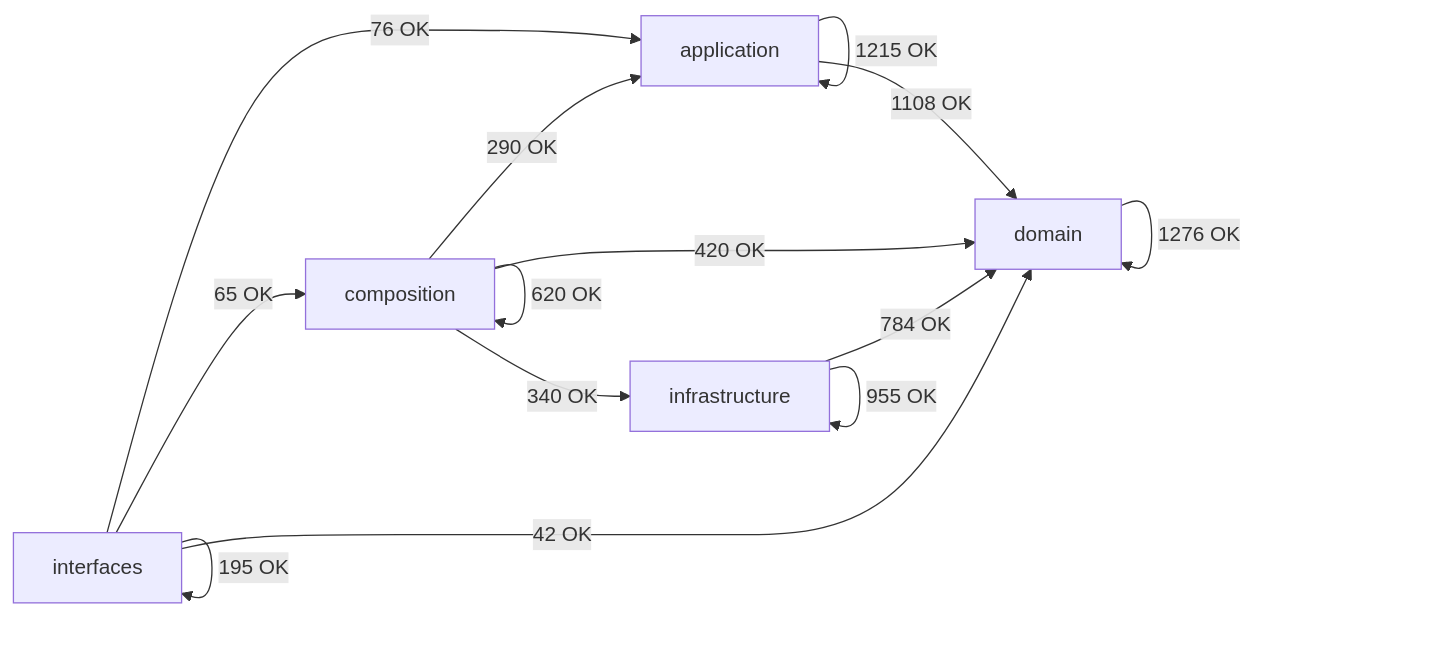
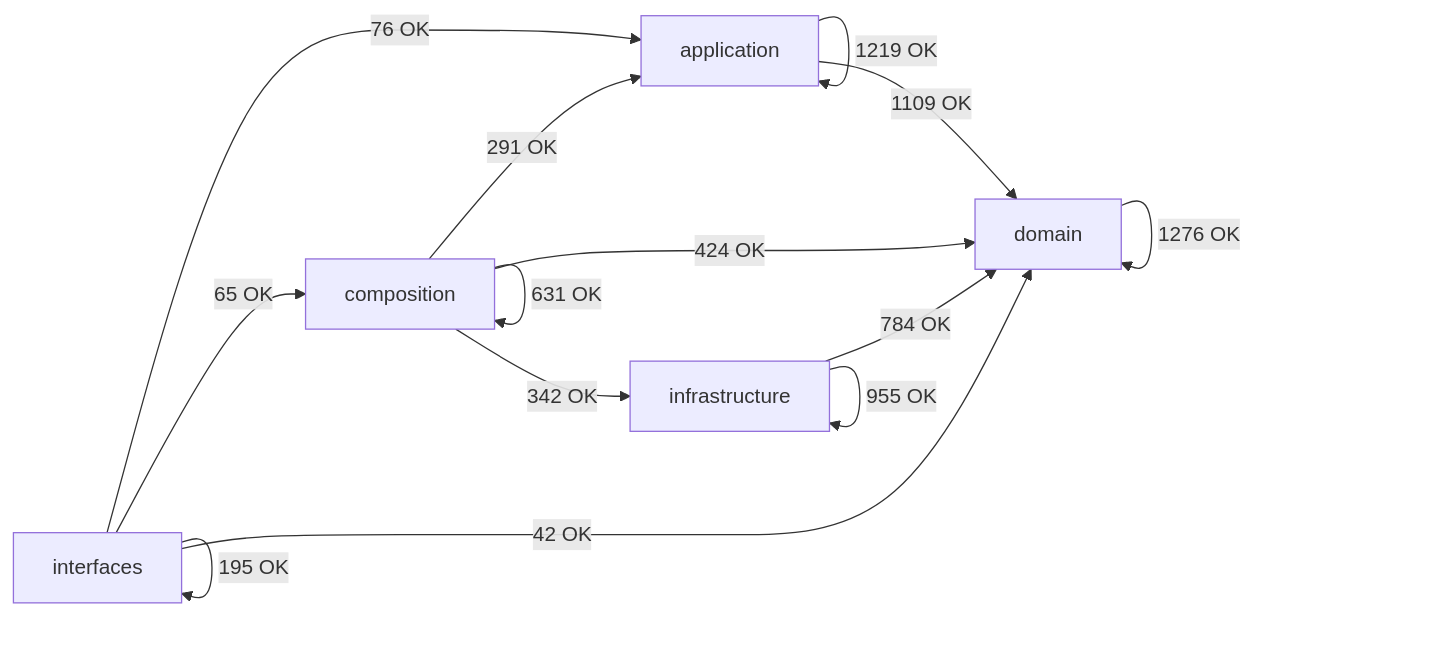
The diagram in docs/02-architecture/generated/module-dependency-map.md (SatoryKono/BioactivityDataAcquisition), drawn with Mermaid before and after one commit. The commit also changed other lines of this file and 5 other files, not shown here.

````diff
--- a/docs/02-architecture/generated/module-dependency-map.md
+++ b/docs/02-architecture/generated/module-dependency-map.md
@@ -17,21 +17,21 @@
 ```mermaid
 flowchart LR
     domain[domain]
     application[application]
     infrastructure[infrastructure]
     composition[composition]
     interfaces[interfaces]
-    application -->|1215 OK| application
-    application -->|1108 OK| domain
-    composition -->|290 OK| application
-    composition -->|620 OK| composition
-    composition -->|420 OK| domain
-    composition -->|340 OK| infrastructure
+    application -->|1219 OK| application
+    application -->|1109 OK| domain
+    composition -->|291 OK| application
+    composition -->|631 OK| composition
+    composition -->|424 OK| domain
+    composition -->|342 OK| infrastructure
     domain -->|1276 OK| domain
     infrastructure -->|784 OK| domain
     infrastructure -->|955 OK| infrastructure
     interfaces -->|76 OK| application
     interfaces -->|65 OK| composition
     interfaces -->|42 OK| domain
     interfaces -->|195 OK| interfaces
 ```
````
